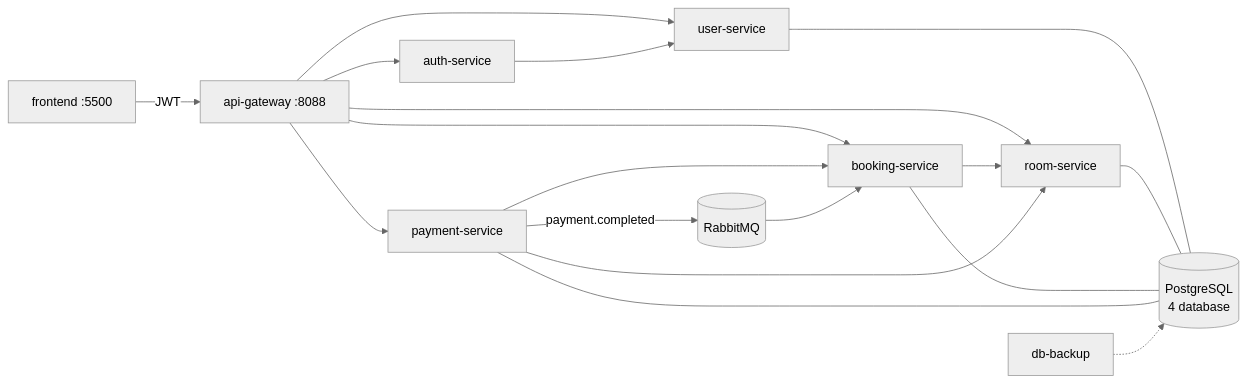
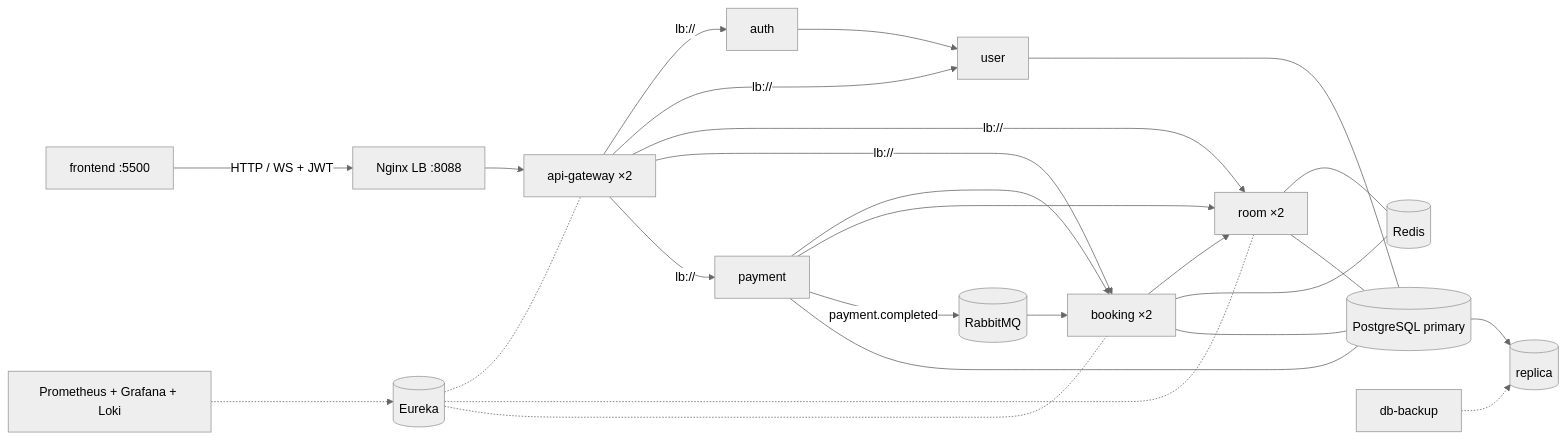
One commit to Sang2601/distributed-hotel-booking changed the diagram in README.md. Above: the diagram before and after it, drawn with Mermaid (neutral theme). The commit also changed other lines of this file and 69 other files, not shown here.

````diff
--- a/README.md
+++ b/README.md
@@ -25,11 +28,15 @@
 ```mermaid
 flowchart LR
-    U[frontend :5500] -->|JWT| GW[api-gateway :8088]
-    GW --> AUTH[auth-service] & USER[user-service] & ROOM[room-service] & BOOK[booking-service] & PAY[payment-service]
+    U[frontend :5500] -->|HTTP / WS + JWT| LB[Nginx LB :8088]
+    LB --> GW[api-gateway ×2]
+    GW -->|lb://| AUTH[auth] & USER[user] & ROOM[room ×2] & BOOK[booking ×2] & PAY[payment]
     AUTH --> USER
     BOOK --> ROOM
     PAY --> BOOK & ROOM
     PAY -- payment.completed --> MQ[(RabbitMQ)] --> BOOK
-    USER & ROOM & BOOK & PAY --- PG[(PostgreSQL<br/>4 database)]
-    BK[db-backup] -.-> PG
+    ROOM & BOOK --- RD[(Redis)]
+    USER & ROOM & BOOK & PAY --- PG[(PostgreSQL primary)] --> PGR[(replica)]
+    BK[db-backup] -.-> PGR
+    EU[(Eureka)] -.- GW & ROOM & BOOK
+    PROM[Prometheus + Grafana + Loki] -.-> EU
 ```
````
